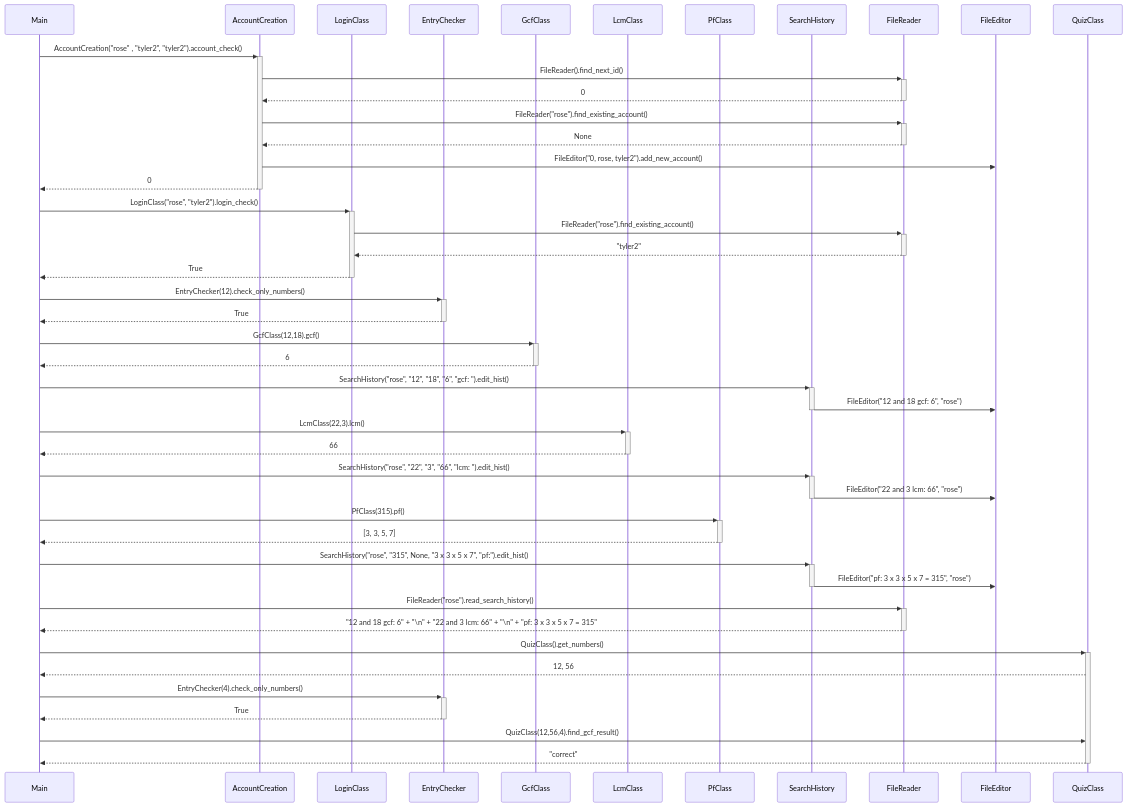
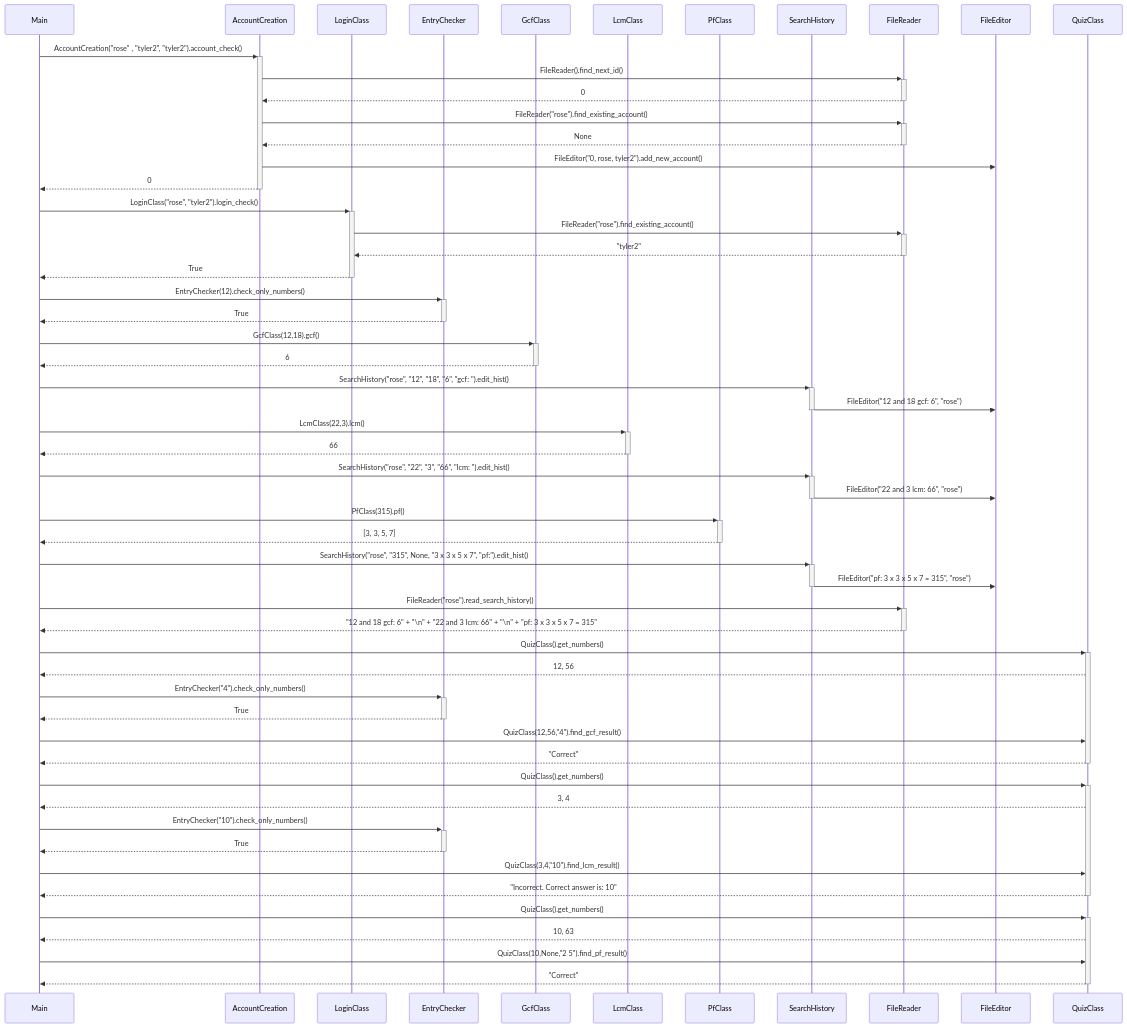
Before and after one commit to SouperSalamander/ot-harjoitustyo: the second of 2 diagrams in dokumentaatio/arkkitehtuuri.md, drawn with Mermaid. The commit also changed other lines of this file, not shown here.

````diff
--- a/dokumentaatio/arkkitehtuuri.md
+++ b/dokumentaatio/arkkitehtuuri.md
@@ -84,59 +86,71 @@
 ```mermaid
 sequenceDiagram
   participant Main
   participant AccountCreation
   participant LoginClass
   participant EntryChecker
   participant GcfClass
   participant LcmClass
   participant PfClass
   participant SearchHistory
   participant FileReader
   participant FileEditor
   participant QuizClass
 
   Main->>+AccountCreation: AccountCreation("rose" , "tyler2", "tyler2").account_check()
   AccountCreation->>+FileReader: FileReader().find_next_id()
   FileReader-->>-AccountCreation: 0
   AccountCreation->>+FileReader: FileReader("rose").find_existing_account()
   FileReader-->>-AccountCreation: None
   AccountCreation->>FileEditor: FileEditor("0, rose, tyler2").add_new_account()
   AccountCreation-->>-Main: 0
 
   Main->>+LoginClass: LoginClass("rose", "tyler2").login_check()
   LoginClass->>+FileReader: FileReader("rose").find_existing_account()
   FileReader-->>-LoginClass: "tyler2"
   LoginClass-->>-Main: True
 
   Main->>+EntryChecker: EntryChecker(12).check_only_numbers()
   EntryChecker-->>-Main: True
 
   Main->>+GcfClass: GcfClass(12,18).gcf()
   GcfClass -->>-Main: 6
 
   Main->>+SearchHistory: SearchHistory("rose", "12", "18", "6", "gcf: ").edit_hist()
   SearchHistory->>-FileEditor: FileEditor("12 and 18 gcf: 6", "rose")
 
   Main->>+LcmClass: LcmClass(22,3).lcm()
   LcmClass -->>-Main: 66
 
   Main->>+SearchHistory: SearchHistory("rose", "22", "3", "66", "lcm: ").edit_hist()
   SearchHistory->>-FileEditor: FileEditor("22 and 3 lcm: 66", "rose")
 
   Main->>+PfClass: PfClass(315).pf()
   PfClass -->>-Main: [3, 3, 5, 7]
 
   Main->>+SearchHistory: SearchHistory("rose", "315", None, "3 x 3 x 5 x 7", "pf:").edit_hist()
   SearchHistory->>-FileEditor: FileEditor("pf: 3 x 3 x 5 x 7 = 315", "rose")
 
   Main->>+FileReader: FileReader("rose").read_search_history()
   FileReader-->>-Main: "12 and 18 gcf: 6" + "\n" +  "22 and 3 lcm: 66" + "\n" + "pf: 3 x 3 x 5 x 7 = 315"
 
   Main->>+QuizClass: QuizClass().get_numbers()
   QuizClass-->>Main: 12, 56
-  Main->>+EntryChecker: EntryChecker(4).check_only_numbers()
+  Main->>+EntryChecker: EntryChecker("4").check_only_numbers()
   EntryChecker-->>-Main: True
-  Main->>QuizClass: QuizClass(12,56,4).find_gcf_result()
-  QuizClass-->>-Main: "correct"
+  Main->>QuizClass: QuizClass(12,56,"4").find_gcf_result()
+  QuizClass-->>-Main: "Correct"
+
+  Main->>+QuizClass: QuizClass().get_numbers()
+  QuizClass-->>Main: 3, 4
+  Main->>+EntryChecker: EntryChecker("10").check_only_numbers()
+  EntryChecker-->>-Main: True
+  Main->>QuizClass: QuizClass(3,4,"10").find_lcm_result()
+  QuizClass-->>-Main: "Incorrect. Correct answer is: 10"
+
+  Main->>+QuizClass: QuizClass().get_numbers()
+  QuizClass-->>Main: 10, 63
+  Main->>QuizClass: QuizClass(10,None,"2 5").find_pf_result()
+  QuizClass-->>-Main: "Correct"
 
 ```
````
